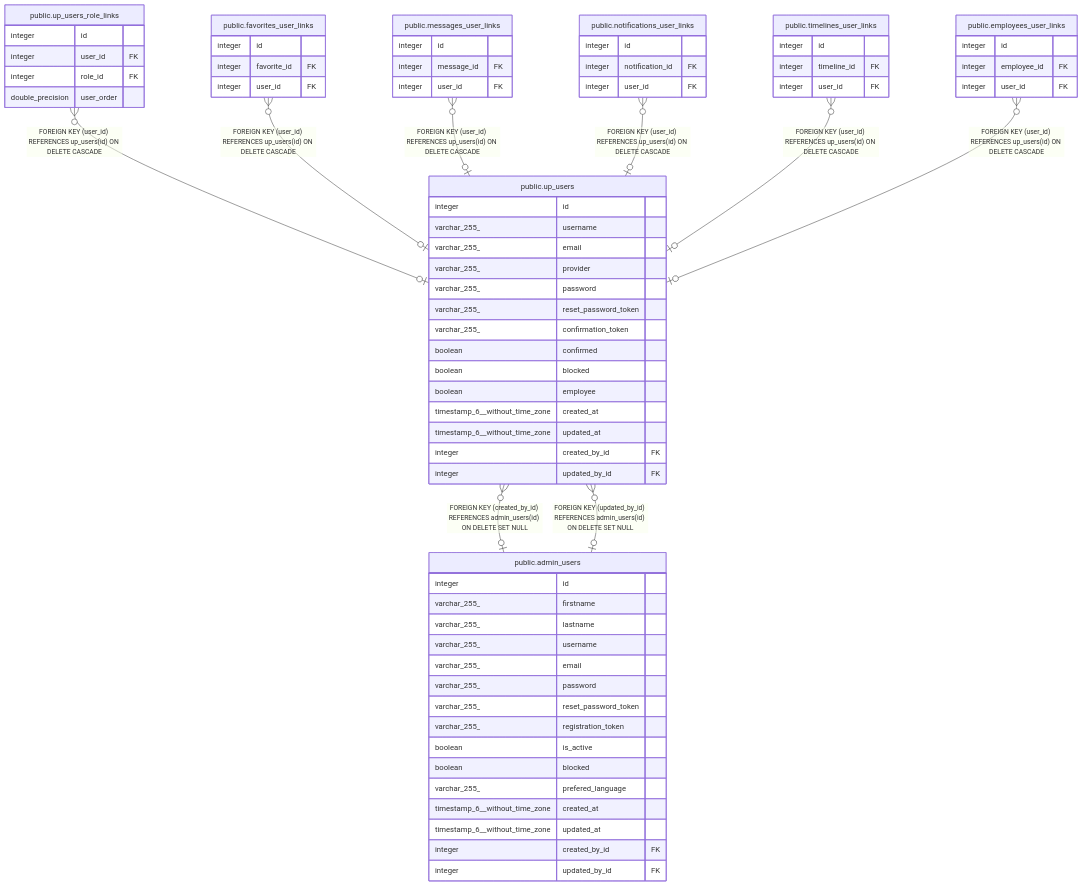
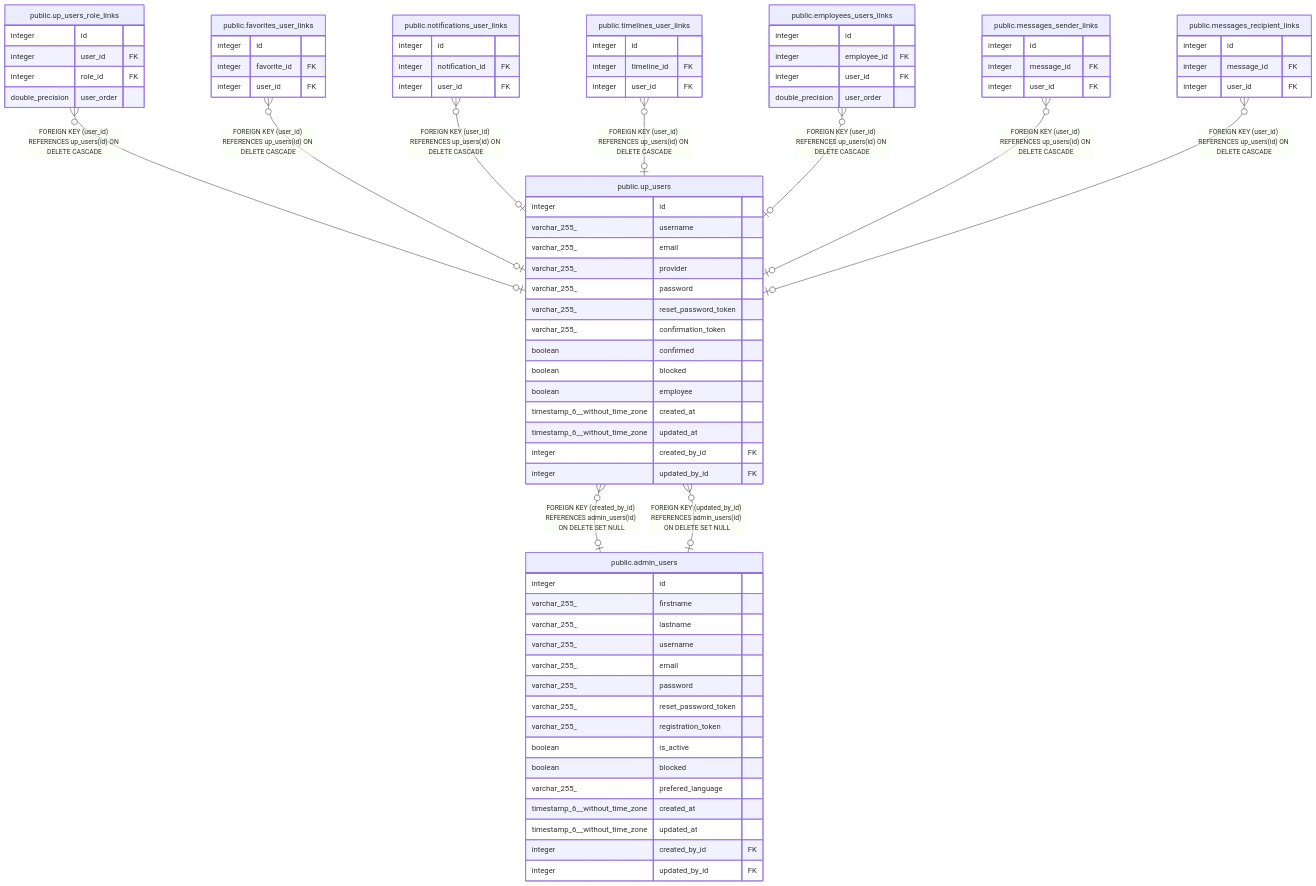
The diagram in docs/dbschema/public.up_users.md (mosamosamosamosa/Anitection), drawn with Mermaid before and after one commit. The commit also changed other lines of this file and 20 other files, not shown here.

```diff
--- a/docs/dbschema/public.up_users.md
+++ b/docs/dbschema/public.up_users.md
@@ -44,10 +44,11 @@
 
 "public.up_users_role_links" }o--o| "public.up_users" : "FOREIGN KEY (user_id) REFERENCES up_users(id) ON DELETE CASCADE"
 "public.favorites_user_links" }o--o| "public.up_users" : "FOREIGN KEY (user_id) REFERENCES up_users(id) ON DELETE CASCADE"
-"public.messages_user_links" }o--o| "public.up_users" : "FOREIGN KEY (user_id) REFERENCES up_users(id) ON DELETE CASCADE"
 "public.notifications_user_links" }o--o| "public.up_users" : "FOREIGN KEY (user_id) REFERENCES up_users(id) ON DELETE CASCADE"
 "public.timelines_user_links" }o--o| "public.up_users" : "FOREIGN KEY (user_id) REFERENCES up_users(id) ON DELETE CASCADE"
-"public.employees_user_links" }o--o| "public.up_users" : "FOREIGN KEY (user_id) REFERENCES up_users(id) ON DELETE CASCADE"
+"public.employees_users_links" }o--o| "public.up_users" : "FOREIGN KEY (user_id) REFERENCES up_users(id) ON DELETE CASCADE"
+"public.messages_sender_links" }o--o| "public.up_users" : "FOREIGN KEY (user_id) REFERENCES up_users(id) ON DELETE CASCADE"
+"public.messages_recipient_links" }o--o| "public.up_users" : "FOREIGN KEY (user_id) REFERENCES up_users(id) ON DELETE CASCADE"
 "public.up_users" }o--o| "public.admin_users" : "FOREIGN KEY (created_by_id) REFERENCES admin_users(id) ON DELETE SET NULL"
 "public.up_users" }o--o| "public.admin_users" : "FOREIGN KEY (updated_by_id) REFERENCES admin_users(id) ON DELETE SET NULL"
 
@@ -78,11 +79,6 @@
   integer favorite_id FK
   integer user_id FK
 }
-"public.messages_user_links" {
-  integer id
-  integer message_id FK
-  integer user_id FK
-}
 "public.notifications_user_links" {
   integer id
   integer notification_id FK
@@ -93,9 +89,20 @@
   integer timeline_id FK
   integer user_id FK
 }
-"public.employees_user_links" {
+"public.employees_users_links" {
   integer id
   integer employee_id FK
+  integer user_id FK
+  double_precision user_order
+}
+"public.messages_sender_links" {
+  integer id
+  integer message_id FK
+  integer user_id FK
+}
+"public.messages_recipient_links" {
+  integer id
+  integer message_id FK
   integer user_id FK
 }
 "public.admin_users" {
```
